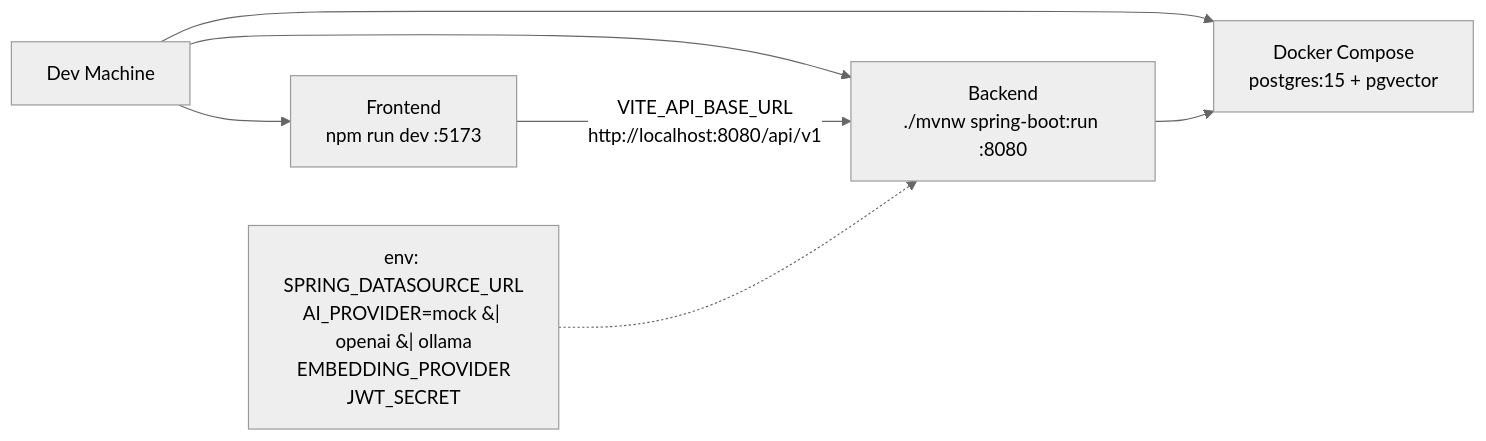
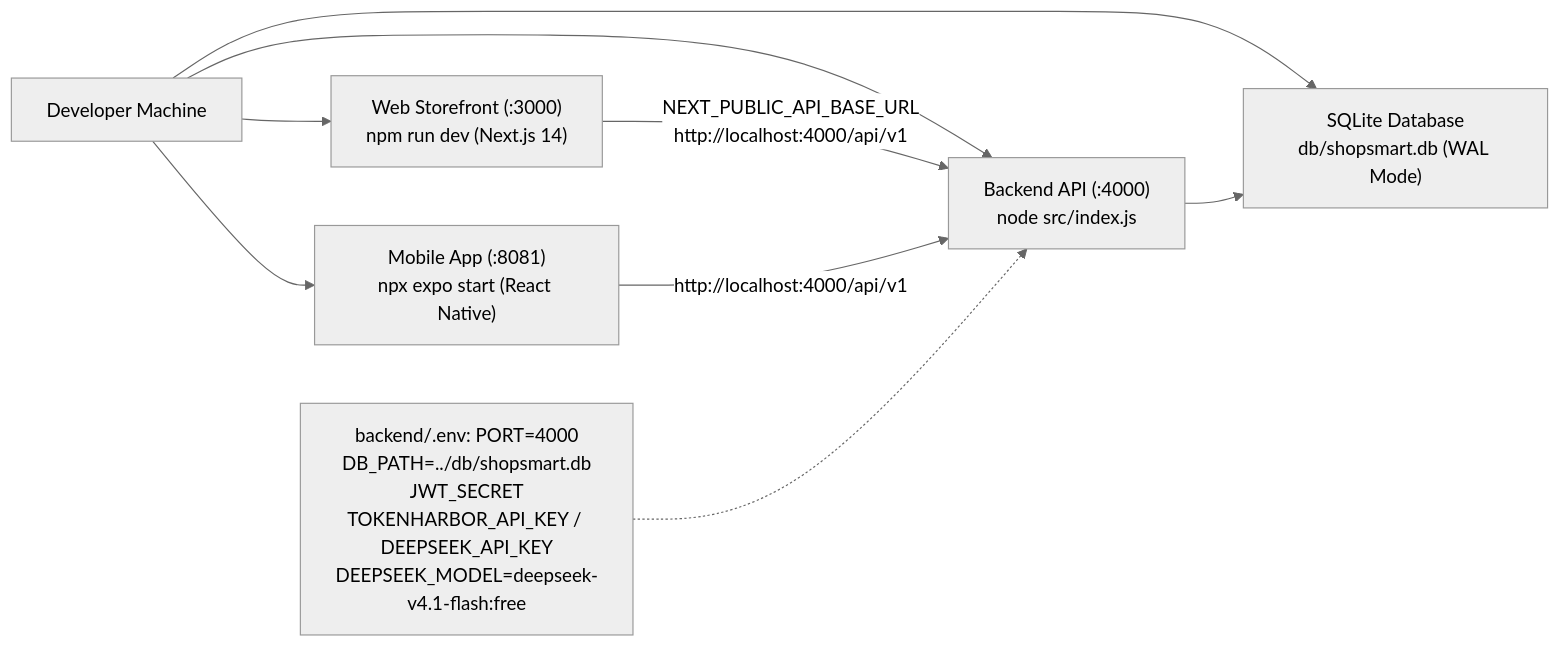
One commit to NJ555/Shop_smart_ai changed the sixth of 15 diagrams in architecture.md. Above: the diagram before and after it, drawn with Mermaid (neutral theme). The commit also changed other lines of this file and 143 other files, not shown here.

Commit message:
feat: complete ShopSmart AI full-stack platform (backend, web, mobile, AI agents, docs)

````diff
--- a/architecture.md
+++ b/architecture.md
@@ -331,9 +330,11 @@
 ```mermaid
 flowchart LR
-    DEV["Dev Machine"] --> DC["Docker Compose<br/>postgres:15 + pgvector"]
-    DEV --> BE_RUN["Backend<br/>./mvnw spring-boot:run :8080"]
-    DEV --> FE_RUN["Frontend<br/>npm run dev :5173"]
-    BE_RUN --> DC
-    FE_RUN -->|"VITE_API_BASE_URL<br/>http://localhost:8080/api/v1"| BE_RUN
-    ENV["env: SPRING_DATASOURCE_URL<br/>AI_PROVIDER=mock &#124; openai &#124; ollama<br/>EMBEDDING_PROVIDER<br/>JWT_SECRET"] -.-> BE_RUN
+    DEV["Developer Machine"] --> DB_FILE["SQLite Database<br/>db/shopsmart.db (WAL Mode)"]
+    DEV --> BE_RUN["Backend API (:4000)<br/>node src/index.js"]
+    DEV --> WEB_RUN["Web Storefront (:3000)<br/>npm run dev (Next.js 14)"]
+    DEV --> APP_RUN["Mobile App (:8081)<br/>npx expo start (React Native)"]
+    BE_RUN --> DB_FILE
+    WEB_RUN -->|"NEXT_PUBLIC_API_BASE_URL<br/>http://localhost:4000/api/v1"| BE_RUN
+    APP_RUN -->|"http://localhost:4000/api/v1"| BE_RUN
+    ENV["backend/.env: PORT=4000<br/>DB_PATH=../db/shopsmart.db<br/>JWT_SECRET<br/>TOKENHARBOR_API_KEY / DEEPSEEK_API_KEY<br/>DEEPSEEK_MODEL=deepseek-v4.1-flash:free"] -.-> BE_RUN
 ```
````
